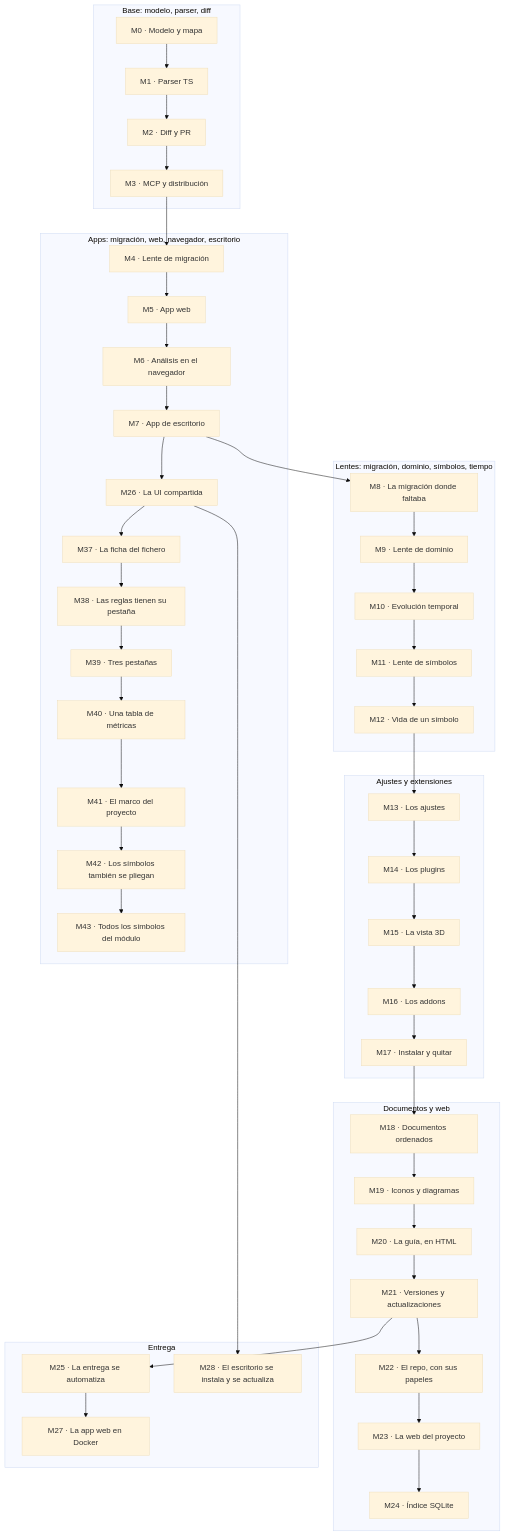
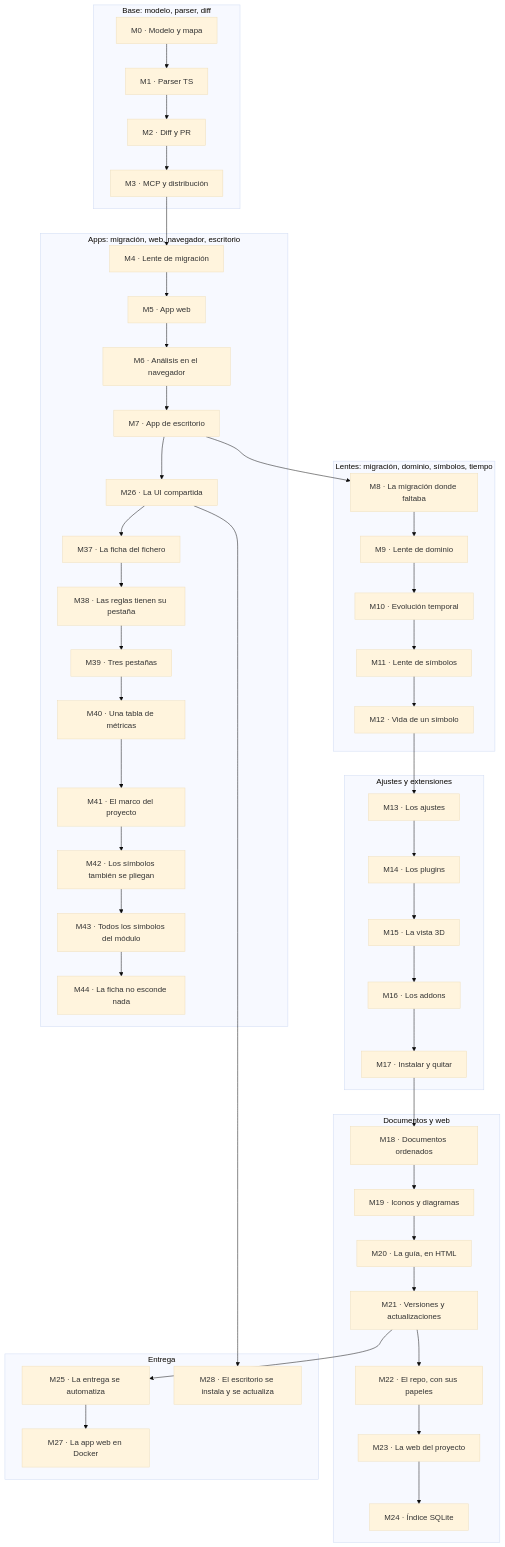
One commit to jaminsmoke/codarch changed the diagram in apps/site/docs/adr/roadmap.md. Above: the diagram before and after it, drawn with Mermaid (base theme). The commit also changed other lines of this file and 8 other files, not shown here.

````diff
--- a/apps/site/docs/adr/roadmap.md
+++ b/apps/site/docs/adr/roadmap.md
@@ -38,51 +38,52 @@
 ```mermaid
 flowchart TD
   subgraph base["Base: modelo, parser, diff"]
     M0["M0 · Modelo y mapa"] --> M1["M1 · Parser TS"]
     M1 --> M2["M2 · Diff y PR"]
     M2 --> M3["M3 · MCP y distribución"]
   end
   subgraph apps["Apps: migración, web, navegador, escritorio"]
     M4["M4 · Lente de migración"] --> M5["M5 · App web"]
     M5 --> M6["M6 · Análisis en el navegador"]
     M6 --> M7["M7 · App de escritorio"]
     M7 --> M26["M26 · La UI compartida"]
     M26 --> M37["M37 · La ficha del fichero"]
     M37 --> M38["M38 · Las reglas tienen su pestaña"]
     M38 --> M39["M39 · Tres pestañas"]
     M39 --> M40["M40 · Una tabla de métricas"]
     M40 --> M41["M41 · El marco del proyecto"]
     M41 --> M42["M42 · Los símbolos también se pliegan"]
     M42 --> M43["M43 · Todos los símbolos del módulo"]
+    M43 --> M44["M44 · La ficha no esconde nada"]
   end
   subgraph lentes["Lentes: migración, dominio, símbolos, tiempo"]
     M8["M8 · La migración donde faltaba"] --> M9["M9 · Lente de dominio"]
     M9 --> M10["M10 · Evolución temporal"]
     M10 --> M11["M11 · Lente de símbolos"]
     M11 --> M12["M12 · Vida de un símbolo"]
   end
   subgraph ext["Ajustes y extensiones"]
     M13["M13 · Los ajustes"] --> M14["M14 · Los plugins"]
     M14 --> M15["M15 · La vista 3D"]
     M15 --> M16["M16 · Los addons"]
     M16 --> M17["M17 · Instalar y quitar"]
   end
   subgraph docs["Documentos y web"]
     M18["M18 · Documentos ordenados"] --> M19["M19 · Iconos y diagramas"]
     M19 --> M20["M20 · La guía, en HTML"]
     M20 --> M21["M21 · Versiones y actualizaciones"]
     M21 --> M22["M22 · El repo, con sus papeles"]
     M22 --> M23["M23 · La web del proyecto"]
     M23 --> M24["M24 · Índice SQLite"]
   end
   subgraph delivery["Entrega"]
     M25["M25 · La entrega se automatiza"]
     M25 --> M27["M27 · La app web en Docker"]
     M26 --> M28["M28 · El escritorio se instala y se actualiza"]
   end
   M3 --> M4
   M7 --> M8
   M12 --> M13
   M17 --> M18
   M21 --> M25
 ```
````
